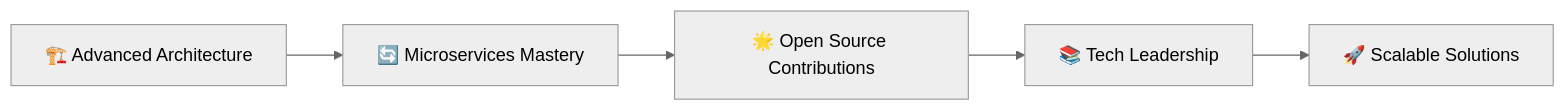
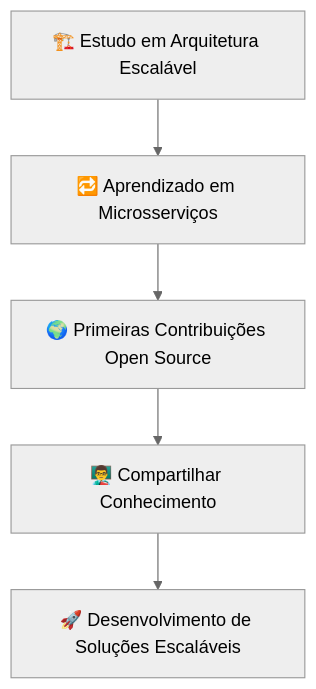
The diagram in README.md (joao-victorr/joao-victorr), drawn with Mermaid (neutral theme) before and after one commit. The commit also changed other lines of this file, not shown here.

````diff
--- a/README.md
+++ b/README.md
@@ -97,7 +116,7 @@
 ```mermaid
-graph LR
-    A[🏗️ Advanced Architecture] --> B[🔄 Microservices Mastery]
-    B --> C[🌟 Open Source Contributions]
-    C --> D[📚 Tech Leadership]
-    D --> E[🚀 Scalable Solutions]
+graph TD
+    A[🏗️ Estudo em Arquitetura Escalável] --> B[🔁 Aprendizado em Microsserviços]
+    B --> C[🌍 Primeiras Contribuições Open Source]
+    C --> D[👨‍🏫 Compartilhar Conhecimento]
+    D --> E[🚀 Desenvolvimento de Soluções Escaláveis]
 ```
````
